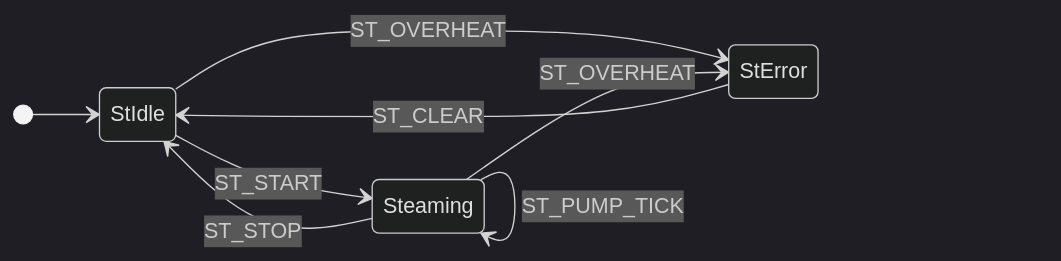
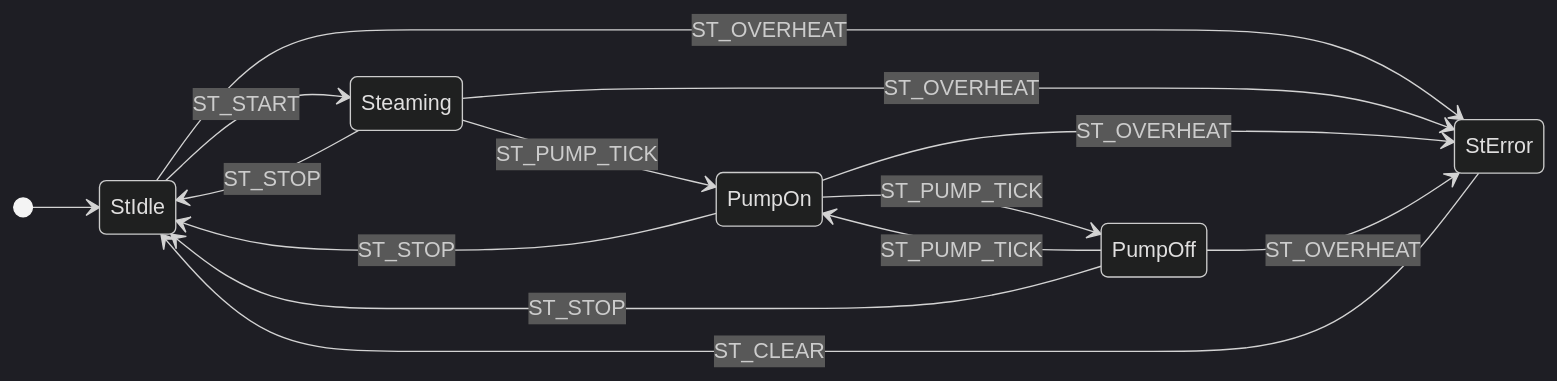
One commit to akashi-hideki/StaTable changed the tenth of 15 diagrams in code/docs/samples/LAYER_DESIGN_zh.md. Above: the diagram before and after it, drawn with Mermaid (dark theme). The commit also changed other lines of this file and 3 other files, not shown here.

````diff
--- a/code/docs/samples/LAYER_DESIGN_zh.md
+++ b/code/docs/samples/LAYER_DESIGN_zh.md
@@ -507,11 +607,17 @@
 ```mermaid
 stateDiagram-v2
     direction LR
     [*] --> StIdle
     StIdle --> Steaming : ST_START
     Steaming --> StIdle : ST_STOP
-    Steaming --> Steaming : ST_PUMP_TICK
+    Steaming --> PumpOn : ST_PUMP_TICK
+    PumpOn --> PumpOff : ST_PUMP_TICK
+    PumpOff --> PumpOn : ST_PUMP_TICK
+    PumpOn --> StIdle : ST_STOP
+    PumpOff --> StIdle : ST_STOP
     StIdle --> StError : ST_OVERHEAT
     Steaming --> StError : ST_OVERHEAT
+    PumpOn --> StError : ST_OVERHEAT
+    PumpOff --> StError : ST_OVERHEAT
     StError --> StIdle : ST_CLEAR
 ```
````
